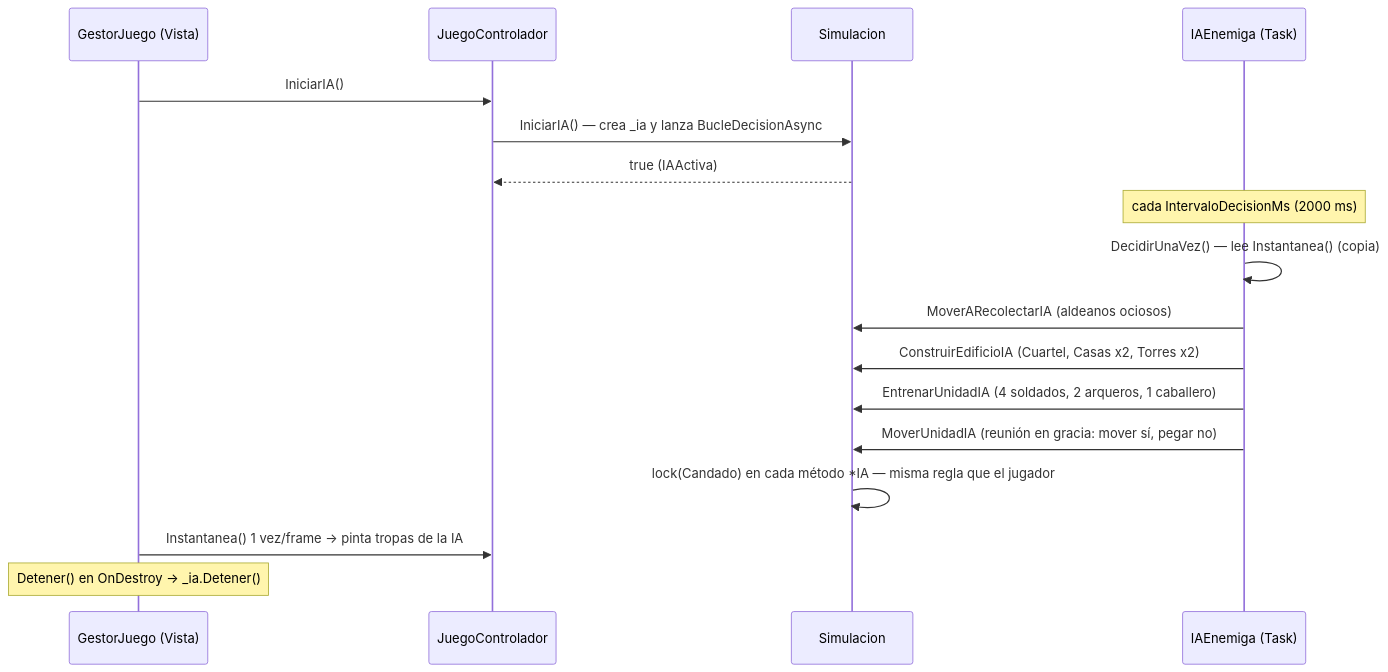
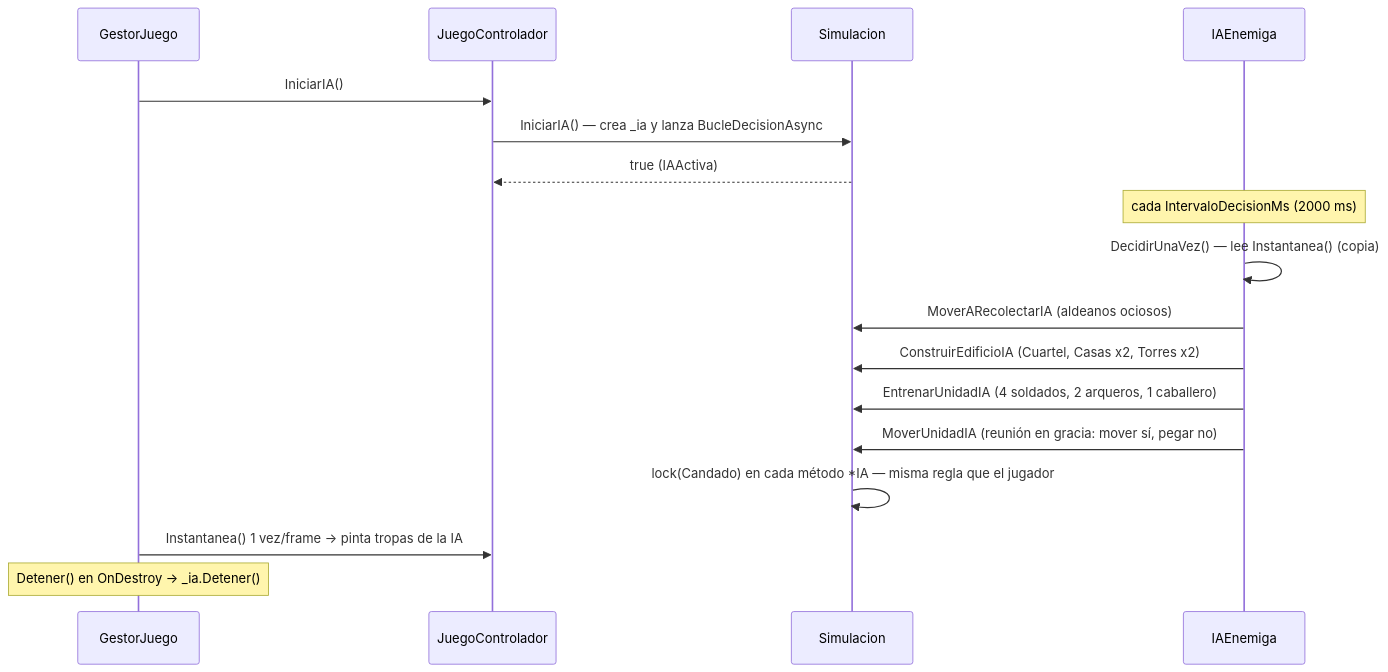
One commit to bardock7238/RTS-Academico changed the ninth of 19 diagrams in DOCUMENTACION.md. Above: the diagram before and after it, drawn with Mermaid. The commit also changed other lines of this file and 1 other file, not shown here.

````diff
--- a/DOCUMENTACION.md
+++ b/DOCUMENTACION.md
@@ -814,20 +791,20 @@
 ```mermaid
 sequenceDiagram
-    participant CG as GestorJuego (Vista)
+    participant CG as GestorJuego
     participant C as JuegoControlador
     participant S as Simulacion
-    participant IA as IAEnemiga (Task)
+    participant IA as IAEnemiga
 
     CG->>C: IniciarIA()
     C->>S: IniciarIA() — crea _ia y lanza BucleDecisionAsync
     S-->>C: true (IAActiva)
     Note over IA: cada IntervaloDecisionMs (2000 ms)
     IA->>IA: DecidirUnaVez() — lee Instantanea() (copia)
     IA->>S: MoverARecolectarIA (aldeanos ociosos)
     IA->>S: ConstruirEdificioIA (Cuartel, Casas x2, Torres x2)
     IA->>S: EntrenarUnidadIA (4 soldados, 2 arqueros, 1 caballero)
     IA->>S: MoverUnidadIA (reunión en gracia: mover sí, pegar no)
     S->>S: lock(Candado) en cada método *IA — misma regla que el jugador
     CG->>C: Instantanea() 1 vez/frame → pinta tropas de la IA
     Note over CG: Detener() en OnDestroy → _ia.Detener()
 ```
````
